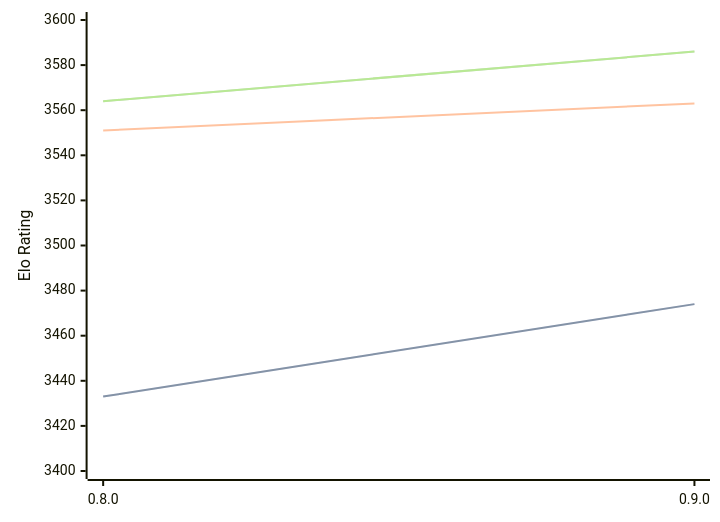
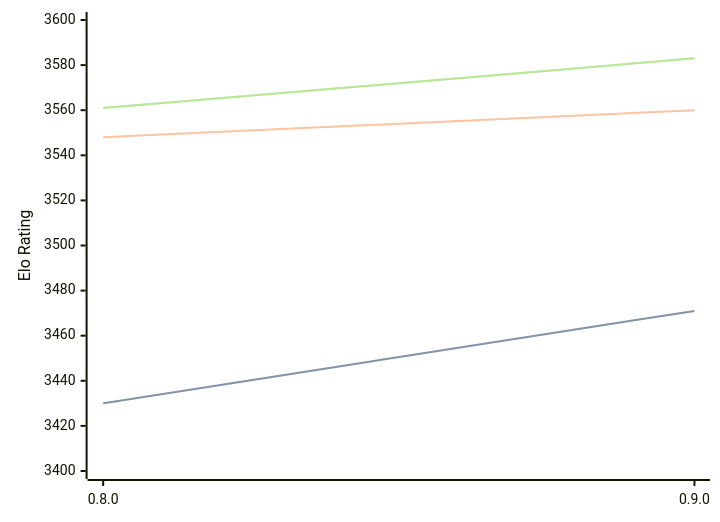
The diagram in engines/Reckless.md (computer-chess-index/cci), drawn with Mermaid before and after one commit. The commit also changed other lines of this file, not shown here.

Commit message:
Update CCI Ratings (ELO VLTC) - 2026-08-12

````diff
--- a/engines/Reckless.md
+++ b/engines/Reckless.md
@@ -32,11 +32,11 @@
 ```mermaid
 %%{init: {"theme":"base","themeVariables":{"seriesColors:['#a3a3a3','#222221','#faa371']}}}%%
 xychart-beta
   x-axis ["0.8.0", "0.9.0"]
   y-axis "Elo Rating" 3400 --> 3600
-  line "STC (8.0+0.08s)" [3433, 3474]
-  line "STC (8.0+0.08s)" [3433, 3474]
-  line "LTC (60.0+0.60s)" [3551, 3563]
-  line "VLTC (2m24s+1.12s)" [3564, 3586]
-  line "VLTC (2m24s+1.12s)" [3564, 3586]
+  line "STC (8.0+0.08s)" [3430, 3471]
+  line "STC (8.0+0.08s)" [3430, 3471]
+  line "LTC (60.0+0.60s)" [3548, 3560]
+  line "VLTC (2m24s+1.12s)" [3561, 3583]
+  line "VLTC (2m24s+1.12s)" [3561, 3583]
 ```
````
